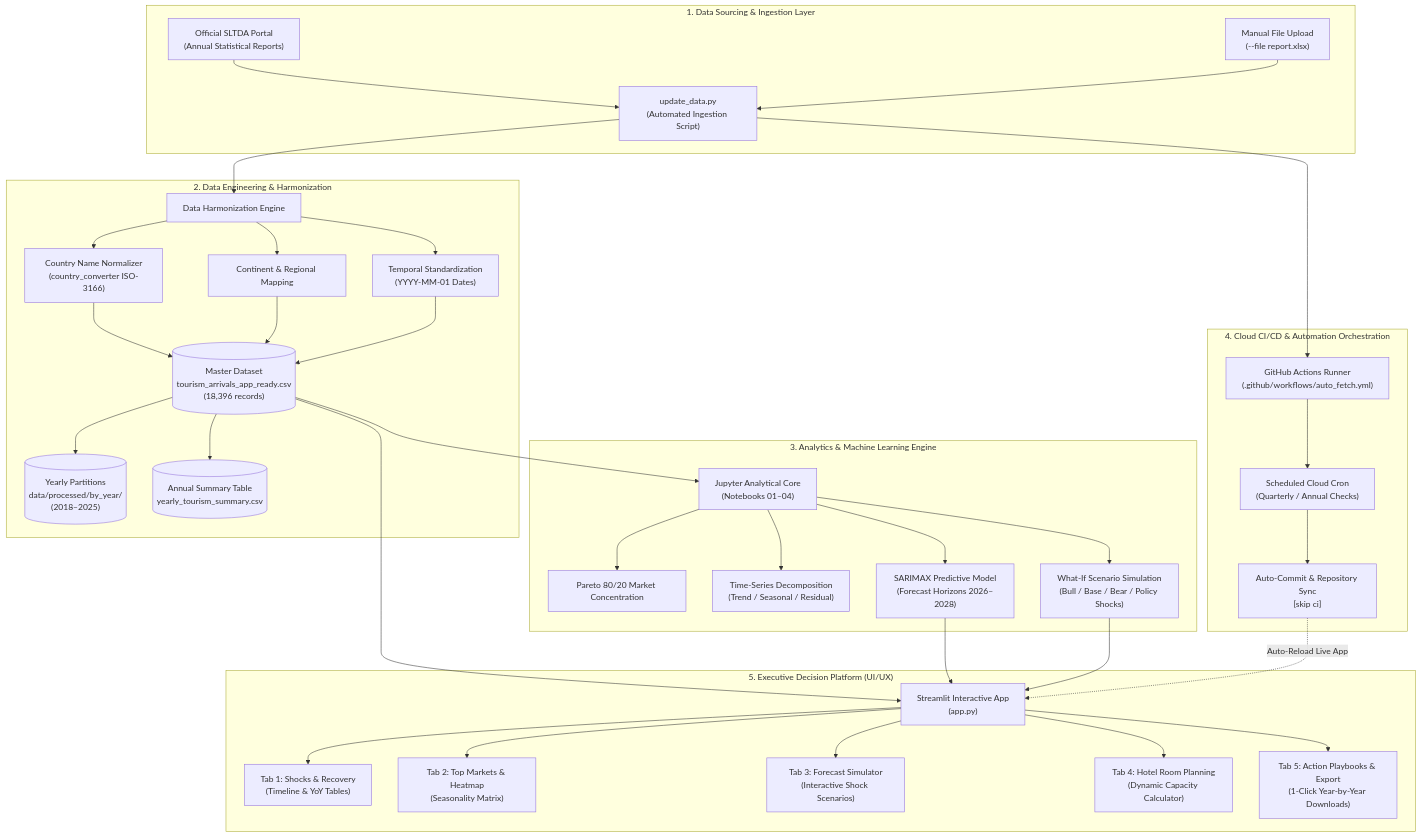
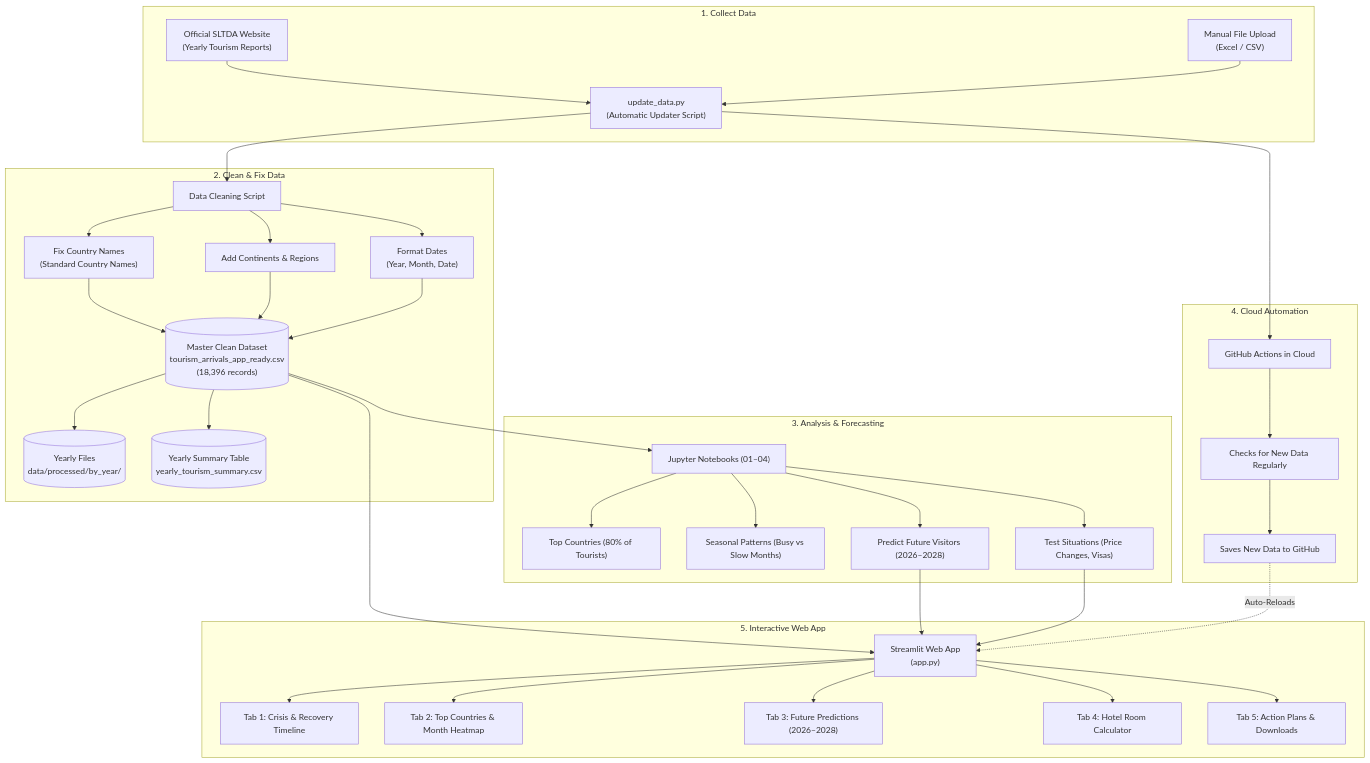
Before and after one commit to HimashMadushanka/Sri-Lanka-Tourism-Intelligence: the diagram in README.md, drawn with Mermaid. The commit also changed other lines of this file, not shown here.

````diff
--- a/README.md
+++ b/README.md
@@ -31,42 +30,42 @@
 ```mermaid
 flowchart TD
-    subgraph S1["1. Data Sourcing & Ingestion Layer"]
-        A["Official SLTDA Portal<br/>(Annual Statistical Reports)"] --> B["update_data.py<br/>(Automated Ingestion Script)"]
-        A2["Manual File Upload<br/>(--file report.xlsx)"] --> B
+    subgraph S1["1. Collect Data"]
+        A["Official SLTDA Website<br/>(Yearly Tourism Reports)"] --> B["update_data.py<br/>(Automatic Updater Script)"]
+        A2["Manual File Upload<br/>(Excel / CSV)"] --> B
     end
 
-    subgraph S2["2. Data Engineering & Harmonization"]
-        B --> C["Data Harmonization Engine"]
-        C --> C1["Country Name Normalizer<br/>(country_converter ISO-3166)"]
-        C --> C2["Continent & Regional Mapping"]
-        C --> C3["Temporal Standardization<br/>(YYYY-MM-01 Dates)"]
-        C1 & C2 & C3 --> D[("Master Dataset<br/>tourism_arrivals_app_ready.csv<br/>(18,396 records)")]
-        D --> D1[("Yearly Partitions<br/>data/processed/by_year/<br/>(2018–2025)")]
-        D --> D2[("Annual Summary Table<br/>yearly_tourism_summary.csv")]
+    subgraph S2["2. Clean & Fix Data"]
+        B --> C["Data Cleaning Script"]
+        C --> C1["Fix Country Names<br/>(Standard Country Names)"]
+        C --> C2["Add Continents & Regions"]
+        C --> C3["Format Dates<br/>(Year, Month, Date)"]
+        C1 & C2 & C3 --> D[("Master Clean Dataset<br/>tourism_arrivals_app_ready.csv<br/>(18,396 records)")]
+        D --> D1[("Yearly Files<br/>data/processed/by_year/")]
+        D --> D2[("Yearly Summary Table<br/>yearly_tourism_summary.csv")]
     end
 
-    subgraph S3["3. Analytics & Machine Learning Engine"]
-        D --> E["Jupyter Analytical Core<br/>(Notebooks 01–04)"]
-        E --> E1["Pareto 80/20 Market Concentration"]
-        E --> E2["Time-Series Decomposition<br/>(Trend / Seasonal / Residual)"]
-        E --> E3["SARIMAX Predictive Model<br/>(Forecast Horizons 2026–2028)"]
-        E --> E4["What-If Scenario Simulation<br/>(Bull / Base / Bear / Policy Shocks)"]
+    subgraph S3["3. Analysis & Forecasting"]
+        D --> E["Jupyter Notebooks (01–04)"]
+        E --> E1["Top Countries (80% of Tourists)"]
+        E --> E2["Seasonal Patterns (Busy vs Slow Months)"]
+        E --> E3["Predict Future Visitors (2026–2028)"]
+        E --> E4["Test Situations (Price Changes, Visas)"]
     end
 
-    subgraph S4["4. Cloud CI/CD & Automation Orchestration"]
-        B --> F["GitHub Actions Runner<br/>(.github/workflows/auto_fetch.yml)"]
-        F --> F1["Scheduled Cloud Cron<br/>(Quarterly / Annual Checks)"]
-        F1 --> F2["Auto-Commit & Repository Sync<br/>[skip ci]"]
+    subgraph S4["4. Cloud Automation"]
+        B --> F["GitHub Actions in Cloud"]
+        F --> F1["Checks for New Data Regularly"]
+        F1 --> F2["Saves New Data to GitHub"]
     end
 
-    subgraph S5["5. Executive Decision Platform (UI/UX)"]
-        D & E3 & E4 --> G["Streamlit Interactive App<br/>(app.py)"]
-        G --> H1["Tab 1: Shocks & Recovery<br/>(Timeline & YoY Tables)"]
-        G --> H2["Tab 2: Top Markets & Heatmap<br/>(Seasonality Matrix)"]
-        G --> H3["Tab 3: Forecast Simulator<br/>(Interactive Shock Scenarios)"]
-        G --> H4["Tab 4: Hotel Room Planning<br/>(Dynamic Capacity Calculator)"]
-        G --> H5["Tab 5: Action Playbooks & Export<br/>(1-Click Year-by-Year Downloads)"]
+    subgraph S5["5. Interactive Web App"]
+        D & E3 & E4 --> G["Streamlit Web App<br/>(app.py)"]
+        G --> H1["Tab 1: Crisis & Recovery Timeline"]
+        G --> H2["Tab 2: Top Countries & Month Heatmap"]
+        G --> H3["Tab 3: Future Predictions (2026–2028)"]
+        G --> H4["Tab 4: Hotel Room Calculator"]
+        G --> H5["Tab 5: Action Plans & Downloads"]
     end
 
-    F2 -.->|Auto-Reload Live App| G
+    F2 -.->|Auto-Reloads| G
 ```
````
